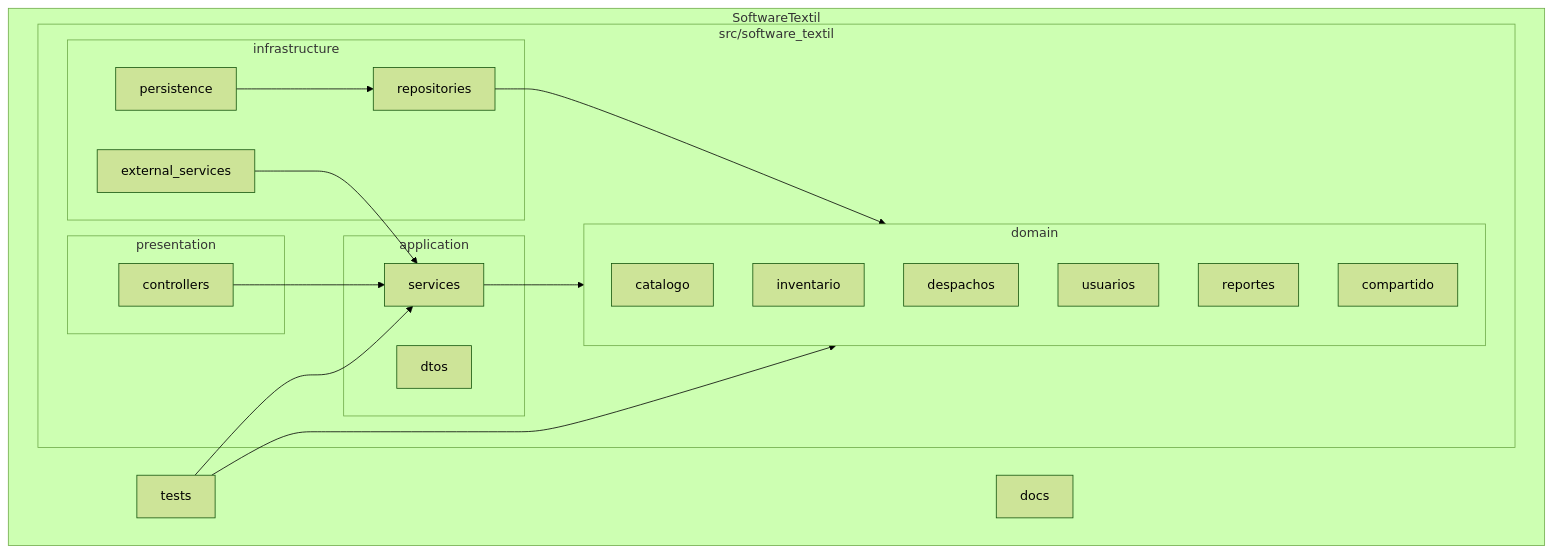
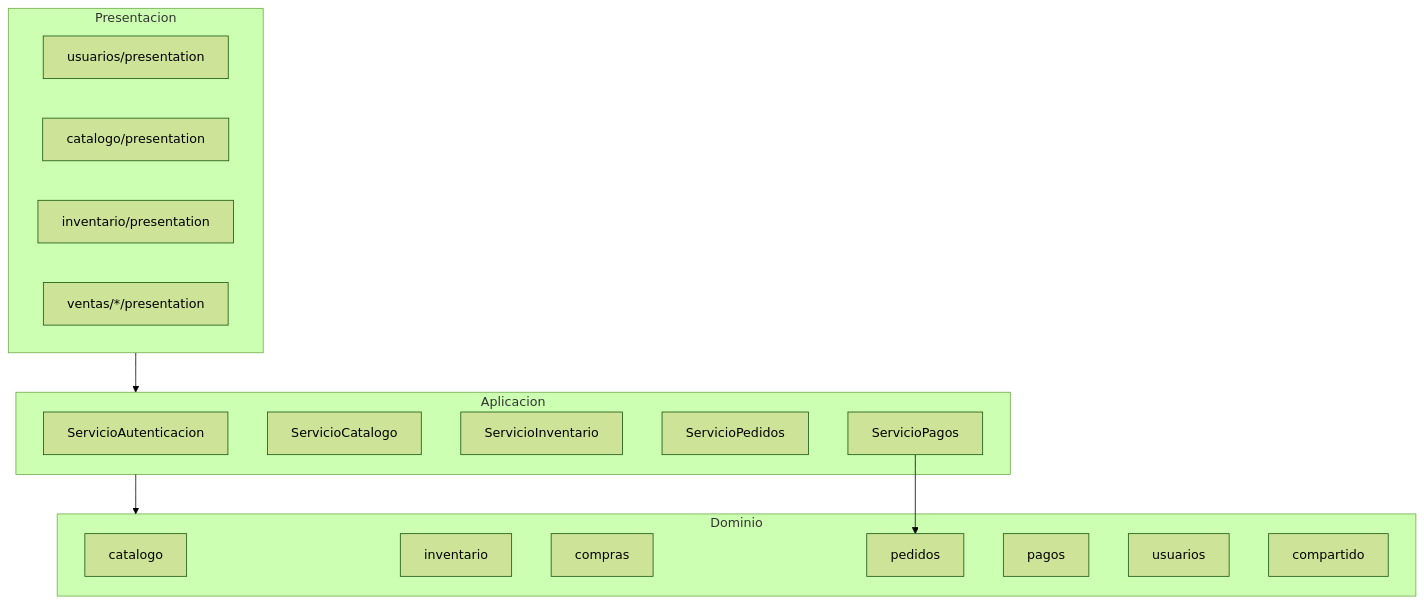
The second of 3 diagrams in docs/arquitectura.md (javierRock/SoftwareTextil), drawn with Mermaid (forest theme) before and after one commit. The commit also changed other lines of this file and 468 other files, not shown here.

````diff
--- a/docs/arquitectura.md
+++ b/docs/arquitectura.md
@@ -43,41 +45,31 @@
 ```mermaid
 flowchart TB
-    subgraph Root["SoftwareTextil"]
-        Docs["docs"]
-        Tests["tests"]
-
-        subgraph Src["src/software_textil"]
-            subgraph Presentation["presentation"]
-                Controllers["controllers"]
-            end
-
-            subgraph Application["application"]
-                Services["services"]
-                DTOs["dtos"]
-            end
-
-            subgraph Domain["domain"]
-                Catalogo["catalogo"]
-                Inventario["inventario"]
-                Despachos["despachos"]
-                Usuarios["usuarios"]
-                Reportes["reportes"]
-                Compartido["compartido"]
-            end
-
-            subgraph Infrastructure["infrastructure"]
-                Persistence["persistence"]
-                Repositories["repositories"]
-                External["external_services"]
-            end
-        end
+    subgraph Web["Presentacion"]
+        AuthC["usuarios/presentation"]
+        CatalogoC["catalogo/presentation"]
+        InventarioC["inventario/presentation"]
+        VentasC["ventas/*/presentation"]
     end
 
-    Controllers --> Services
-    Services --> Domain
-    Repositories --> Domain
-    Persistence --> Repositories
-    External --> Services
-    Tests --> Domain
-    Tests --> Services
+    subgraph App["Aplicacion"]
+        AuthS["ServicioAutenticacion"]
+        CatalogoS["ServicioCatalogo"]
+        InventarioS["ServicioInventario"]
+        PedidoS["ServicioPedidos"]
+        PagoS["ServicioPagos"]
+    end
+
+    subgraph Domain["Dominio"]
+        Catalogo["catalogo"]
+        Inventario["inventario"]
+        Compras["compras"]
+        Pedidos["pedidos"]
+        Pagos["pagos"]
+        Usuarios["usuarios"]
+        Compartido["compartido"]
+    end
+
+    Web --> App
+    App --> Domain
+    PagoS --> Pedidos
 ```
````
